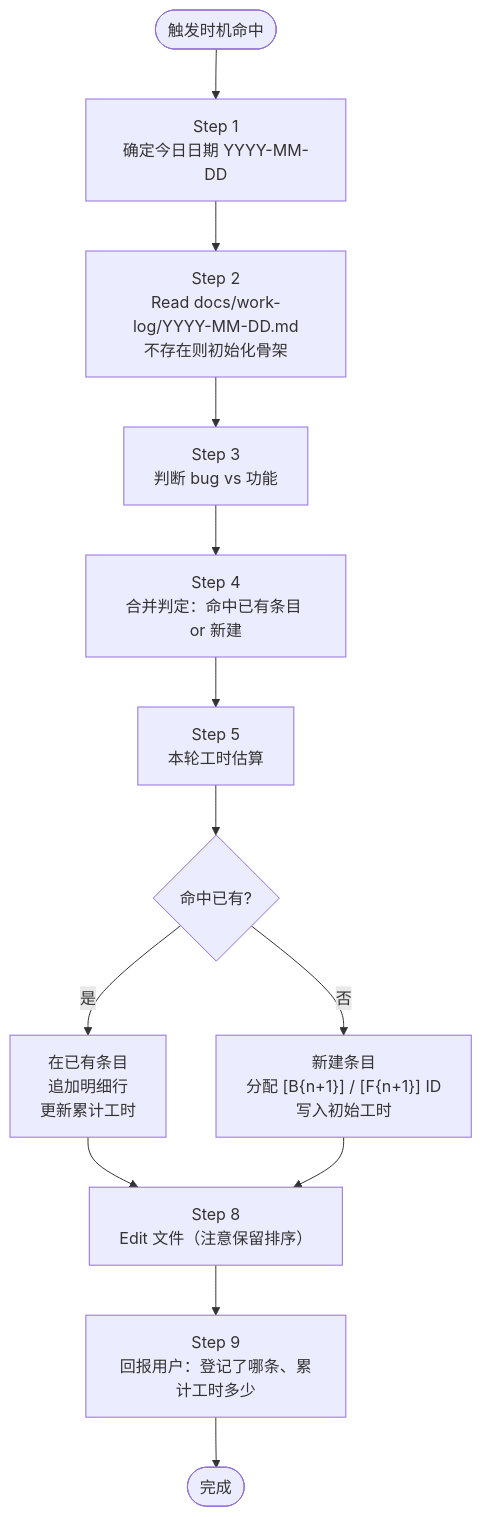
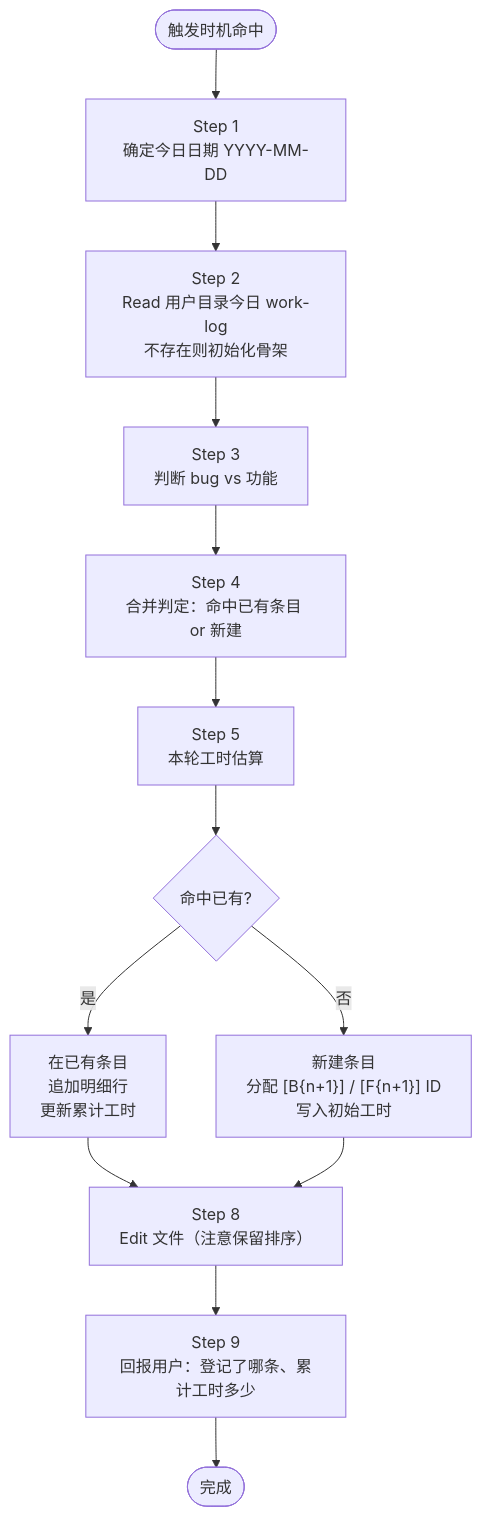
One commit to exception-coder/team-standards changed the second of 2 diagrams in skills/daily-work-log/SKILL.md. Above: the diagram before and after it, drawn with Mermaid. The commit also changed other lines of this file and 11 other files, not shown here.

````diff
--- a/skills/daily-work-log/SKILL.md
+++ b/skills/daily-work-log/SKILL.md
@@ -270,15 +256,15 @@
 ```mermaid
 flowchart TD
     T(["触发时机命中"]) --> S1["Step 1\n确定今日日期 YYYY-MM-DD"]
-    S1 --> S2["Step 2\nRead docs/work-log/YYYY-MM-DD.md\n不存在则初始化骨架"]
+    S1 --> S2["Step 2\nRead 用户目录今日 work-log\n不存在则初始化骨架"]
     S2 --> S3["Step 3\n判断 bug vs 功能"]
     S3 --> S4["Step 4\n合并判定：命中已有条目 or 新建"]
     S4 --> S5["Step 5\n本轮工时估算"]
     S5 --> S6{"命中已有?"}
     S6 -->|"是"| S7A["在已有条目\n追加明细行\n更新累计工时"]
     S6 -->|"否"| S7B["新建条目\n分配 [B{n+1}] / [F{n+1}] ID\n写入初始工时"]
     S7A --> S8["Step 8\nEdit 文件（注意保留排序）"]
     S7B --> S8
     S8 --> S9["Step 9\n回报用户：登记了哪条、累计工时多少"]
     S9 --> END(["完成"])
 ```
````
